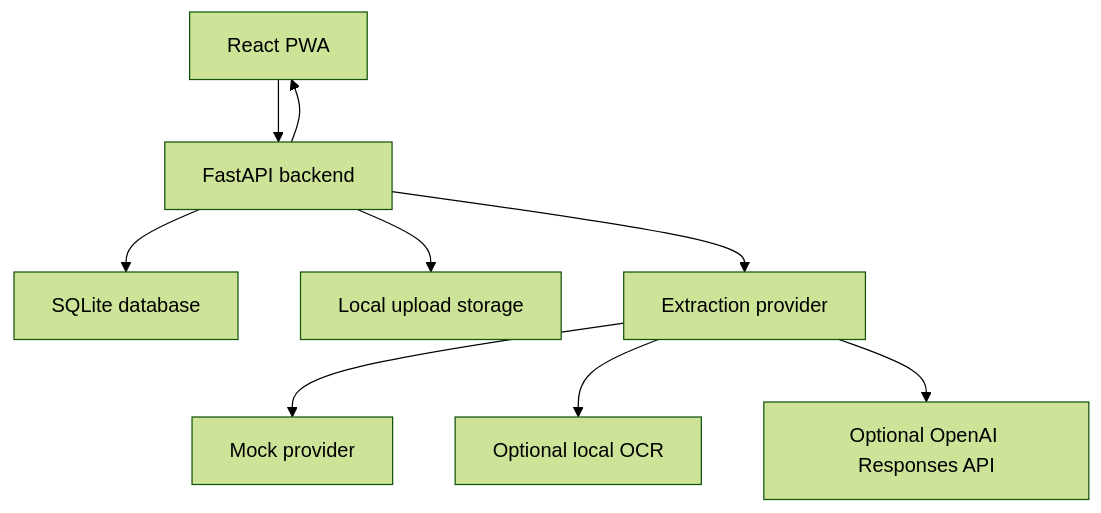
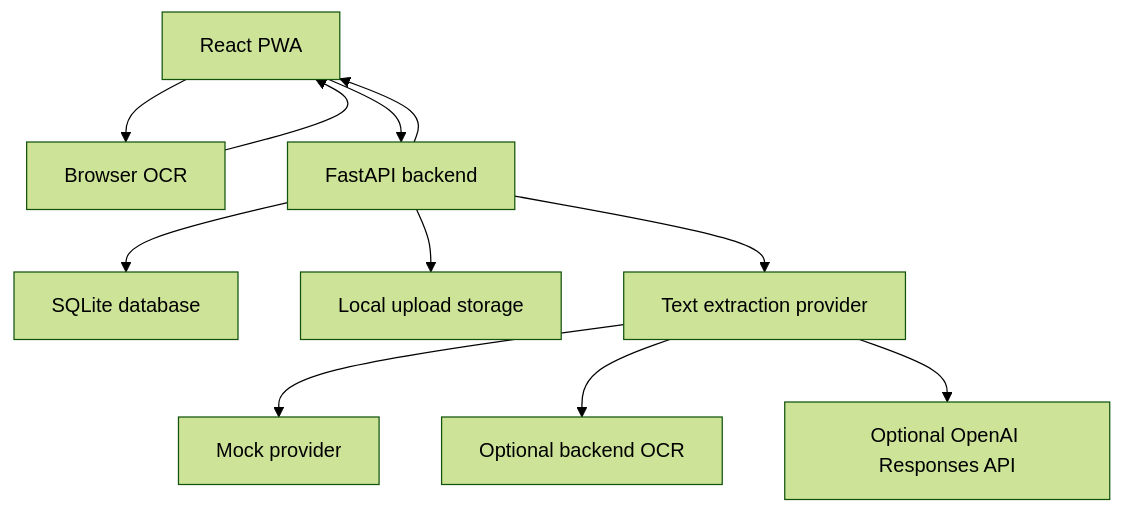
One commit to TianyouLiuSky/medshelf-openai-build-week changed the diagram in docs/technical-architecture.md. Above: the diagram before and after it, drawn with Mermaid (forest theme). The commit also changed other lines of this file and 40 other files, not shown here.

````diff
--- a/docs/technical-architecture.md
+++ b/docs/technical-architecture.md
@@ -7,11 +7,13 @@
 ```mermaid
 flowchart TD
-    UI["React PWA"] --> API["FastAPI backend"]
+    UI["React PWA"] --> OCR_BROWSER["Browser OCR"]
+    OCR_BROWSER --> UI
+    UI --> API["FastAPI backend"]
     API --> DB["SQLite database"]
     API --> FILES["Local upload storage"]
-    API --> EXTRACT["Extraction provider"]
+    API --> EXTRACT["Text extraction provider"]
     EXTRACT --> MOCK["Mock provider"]
-    EXTRACT --> OCR["Optional local OCR"]
+    EXTRACT --> OCR["Optional backend OCR"]
     EXTRACT --> OPENAI["Optional OpenAI Responses API"]
     API --> UI
 ```
````
